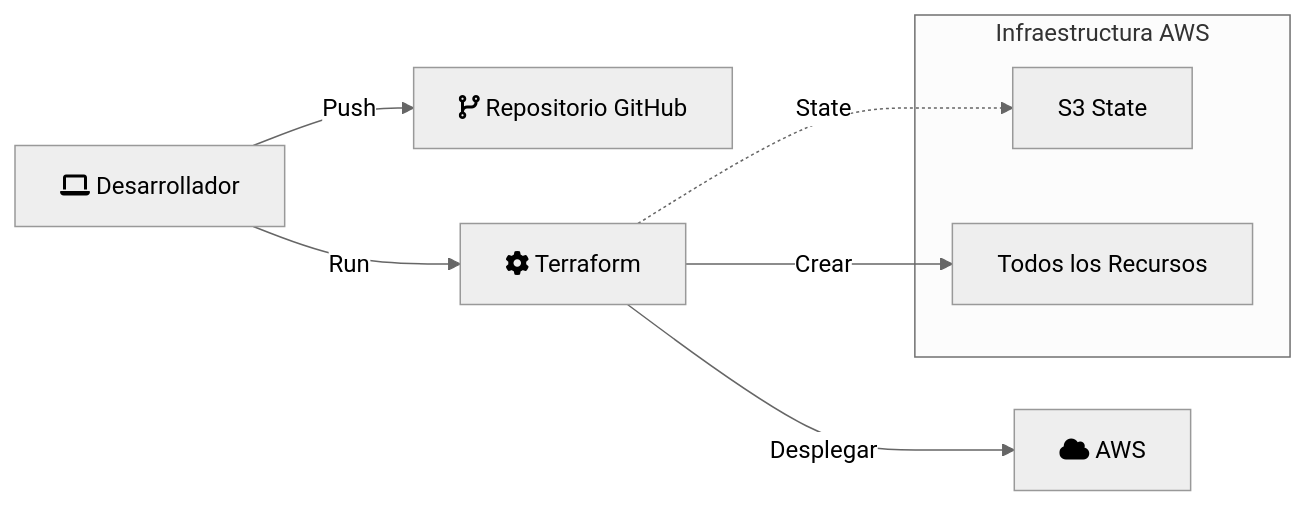
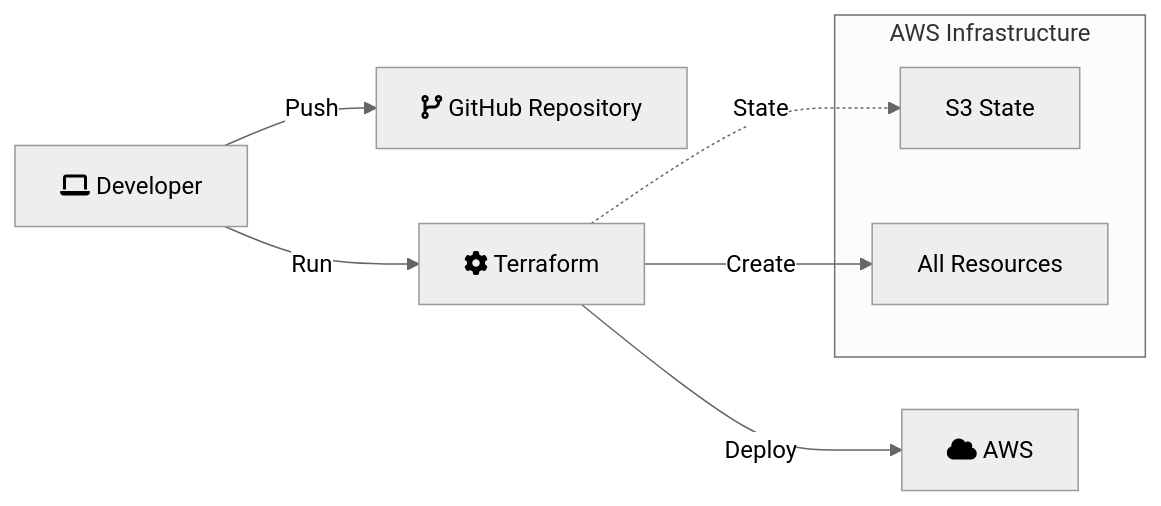
One commit to repson/agentic-learning-equities-explainer changed the second of 2 diagrams in guides/architecture.md. Above: the diagram before and after it, drawn with Mermaid (neutral theme). The commit also changed other lines of this file and 14 other files, not shown here.

````diff
--- a/guides/architecture.md
+++ b/guides/architecture.md
@@ -151,19 +151,19 @@
 ```mermaid
 graph LR
-    Dev[fa:fa-laptop Desarrollador]
-    GH[fa:fa-code-branch Repositorio GitHub]
+    Dev[fa:fa-laptop Developer]
+    GH[fa:fa-code-branch GitHub Repository]
     TF[fa:fa-cog Terraform]
     AWS[fa:fa-cloud AWS]
     
     Dev -->|Push| GH
     Dev -->|Run| TF
-    TF -->|Desplegar| AWS
+    TF -->|Deploy| AWS
     
-    subgraph Infraestructura AWS
+    subgraph AWS Infrastructure
         S3[S3 State]
-        Resources[Todos los Recursos]
+        Resources[All Resources]
     end
     
     TF -.->|State| S3
-    TF -->|Crear| Resources
+    TF -->|Create| Resources
 ```
````
